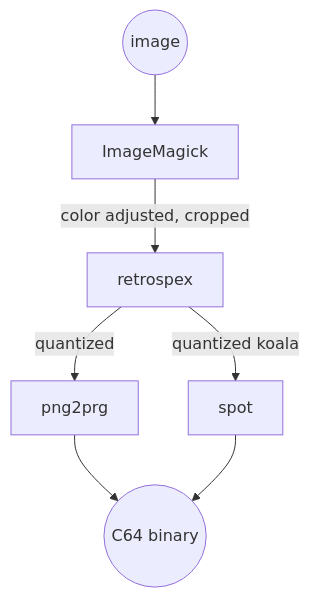
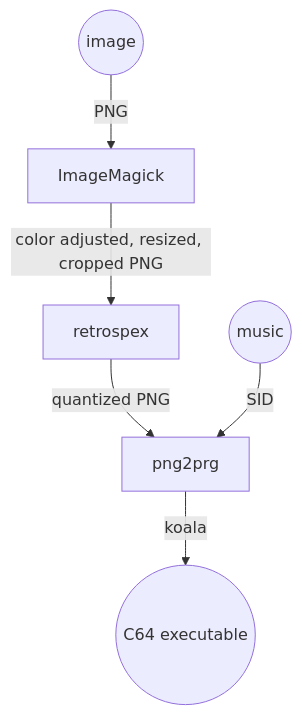
The diagram in README.md (micheldebree/retrospex), drawn with Mermaid before and after one commit. The commit also changed other lines of this file, not shown here.

````diff
--- a/README.md
+++ b/README.md
@@ -12,10 +31,9 @@
 ```mermaid
 graph TD
-image((image)) --> ImageMagick
-ImageMagick -- color adjusted, cropped --> retrospex
-retrospex -- quantized --> png2prg
-retrospex -- quantized koala --> spot
-c64image((C64 binary))
-png2prg --> c64image
-spot --> c64image
+image((image)) -- PNG --> ImageMagick
+ImageMagick -- color adjusted, resized, cropped PNG --> retrospex
+retrospex -- quantized PNG --> png2prg
+c64image((C64 executable))
+png2prg -- koala --> c64image
+music((music)) -- SID --> png2prg
 ```
````
